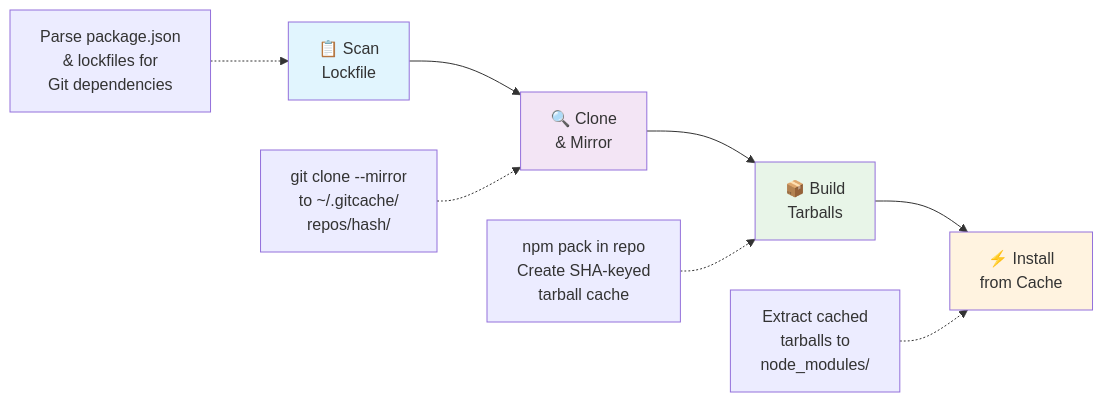
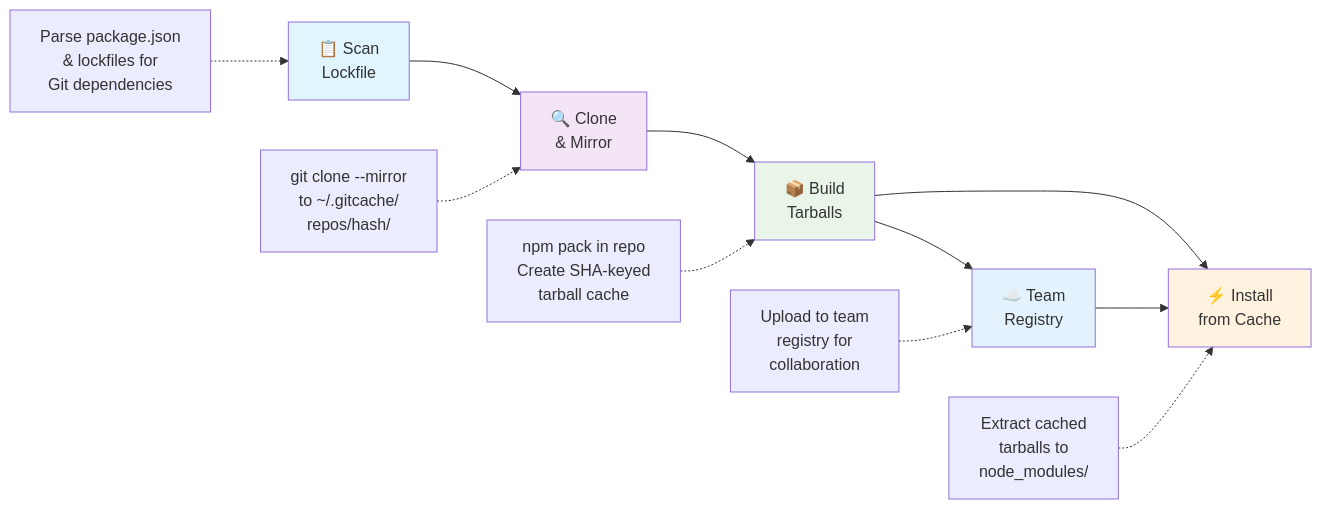
One commit to grata-labs/gitcache-cli changed the diagram in README.md. Above: the diagram before and after it, drawn with Mermaid. The commit also changed other lines of this file, not shown here.

````diff
--- a/README.md
+++ b/README.md
@@ -69,16 +74,20 @@
 ```mermaid
 flowchart LR
     A[📋 Scan<br/>Lockfile] --> B[🔍 Clone<br/>& Mirror]
     B --> C[📦 Build<br/>Tarballs]
     C --> D[⚡ Install<br/>from Cache]
+    C --> E[☁️ Team<br/>Registry]
+    E --> D
 
     A1[Parse package.json<br/>& lockfiles for<br/>Git dependencies] -.-> A
     B1[git clone --mirror<br/>to ~/.gitcache/<br/>repos/hash/] -.-> B
     C1[npm pack in repo<br/>Create SHA-keyed<br/>tarball cache] -.-> C
     D1[Extract cached<br/>tarballs to<br/>node_modules/] -.-> D
+    E1[Upload to team<br/>registry for<br/>collaboration] -.-> E
 
     style A fill:#e1f5fe
     style B fill:#f3e5f5
     style C fill:#e8f5e8
     style D fill:#fff3e0
+    style E fill:#e3f2fd
 ```
````
